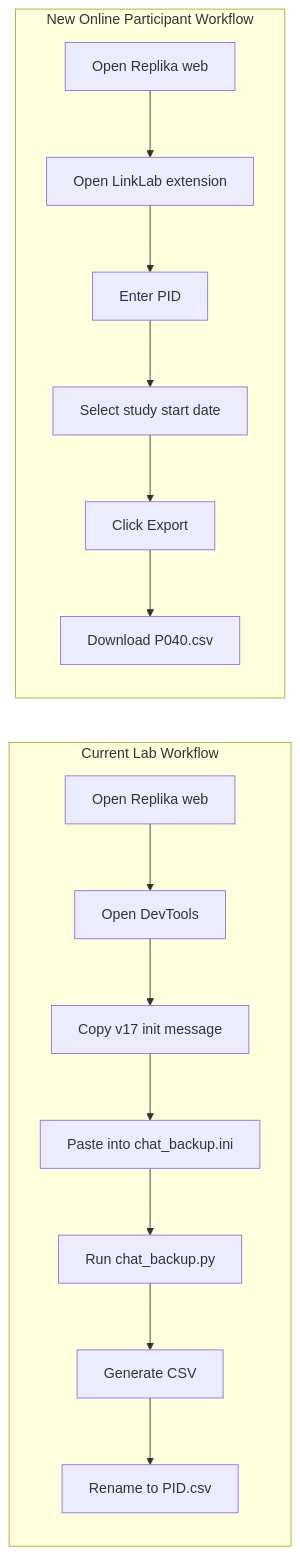
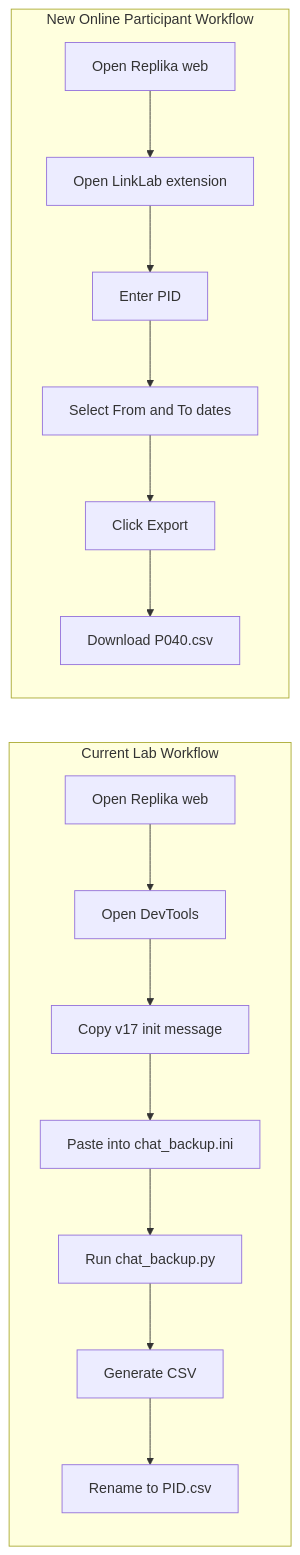
Before and after one commit to PengLin-Zilv/CompanionLink: the second of 7 diagrams in replika-online-export-visual-workflow.md, drawn with Mermaid. The commit also changed other lines of this file and 10 other files, not shown here.

````diff
--- a/replika-online-export-visual-workflow.md
+++ b/replika-online-export-visual-workflow.md
@@ -87,19 +87,19 @@
 ```mermaid
 flowchart LR
     subgraph Current["Current Lab Workflow"]
         A1["Open Replika web"] --> A2["Open DevTools"]
         A2 --> A3["Copy v17 init message"]
         A3 --> A4["Paste into chat_backup.ini"]
         A4 --> A5["Run chat_backup.py"]
         A5 --> A6["Generate CSV"]
         A6 --> A7["Rename to PID.csv"]
     end
 
     subgraph New["New Online Participant Workflow"]
         B1["Open Replika web"] --> B2["Open LinkLab extension"]
         B2 --> B3["Enter PID"]
-        B3 --> B4["Select study start date"]
+        B3 --> B4["Select From and To dates"]
         B4 --> B5["Click Export"]
         B5 --> B6["Download P040.csv"]
     end
 ```
````
